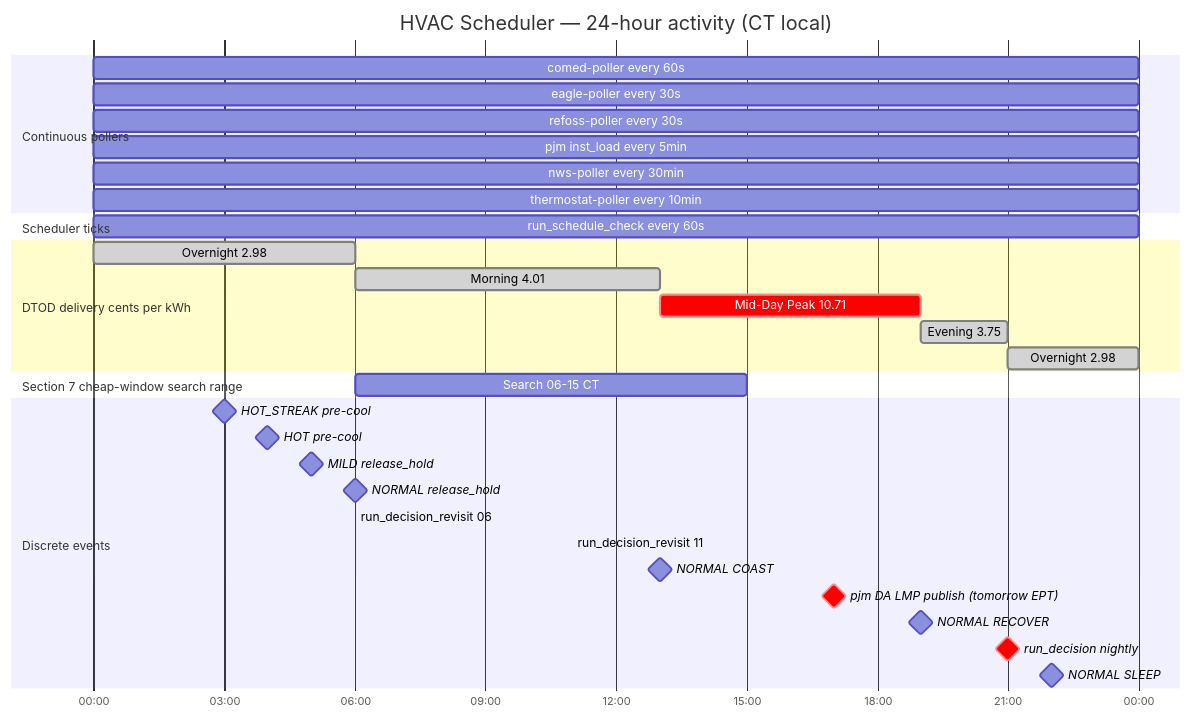
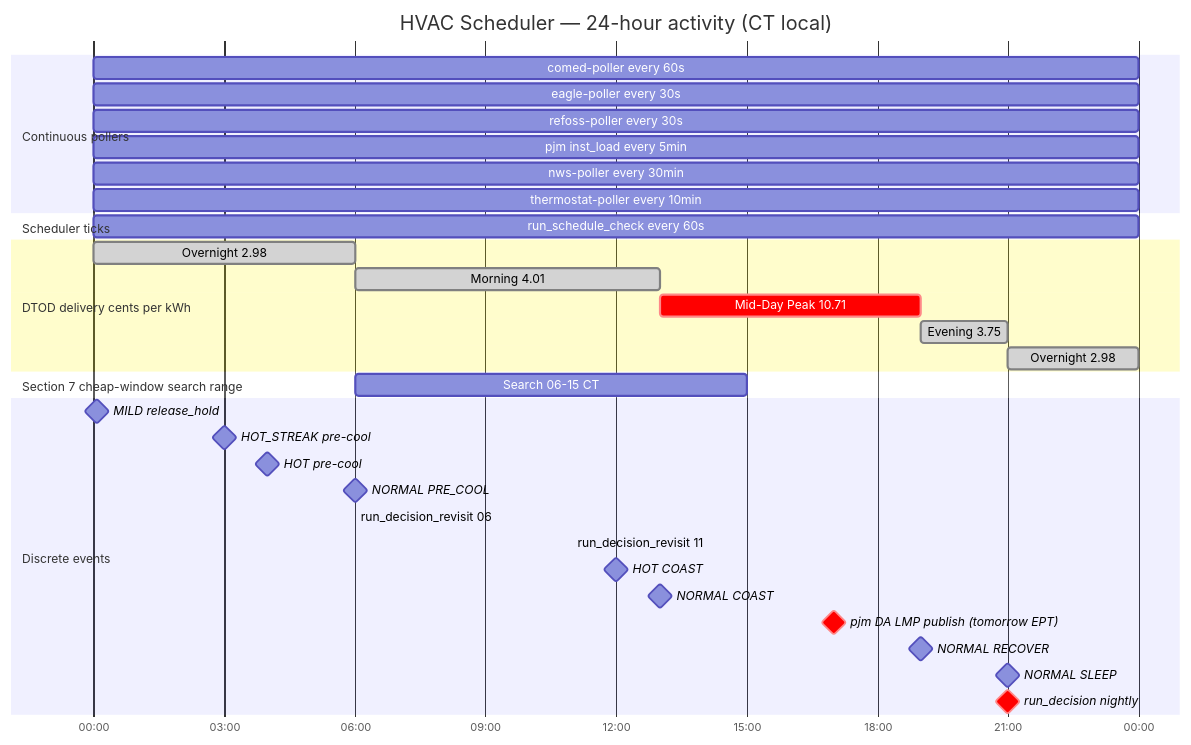
One commit to FireDevPro/energy-stack changed the first of 4 diagrams in docs/SCHEDULER_TIMING.md. Above: the diagram before and after it, drawn with Mermaid. The commit also changed 3 other files, not shown here.

````diff
--- a/docs/SCHEDULER_TIMING.md
+++ b/docs/SCHEDULER_TIMING.md
@@ -22,40 +22,41 @@
 ```mermaid
 gantt
     title HVAC Scheduler — 24-hour activity (CT local)
     dateFormat HH:mm
     axisFormat %H:%M
 
     section Continuous pollers
     comed-poller every 60s             :a1, 00:00, 24h
     eagle-poller every 30s             :a2, 00:00, 24h
     refoss-poller every 30s            :a3, 00:00, 24h
     pjm inst_load every 5min           :a4, 00:00, 24h
     nws-poller every 30min             :a5, 00:00, 24h
     thermostat-poller every 10min      :a6, 00:00, 24h
 
     section Scheduler ticks
     run_schedule_check every 60s       :s1, 00:00, 24h
 
     section DTOD delivery cents per kWh
     Overnight 2.98                     :done, 00:00, 6h
     Morning 4.01                       :done, 06:00, 7h
     Mid-Day Peak 10.71                 :crit, 13:00, 6h
     Evening 3.75                       :done, 19:00, 2h
     Overnight 2.98                     :done, 21:00, 3h
 
     section Section 7 cheap-window search range
     Search 06-15 CT                    :w1, 06:00, 9h
 
     section Discrete events
+    MILD release_hold                  :milestone, 00:05, 0
     HOT_STREAK pre-cool                :milestone, 03:00, 0
     HOT pre-cool                       :milestone, 04:00, 0
-    MILD release_hold                  :milestone, 05:00, 0
-    NORMAL release_hold                :milestone, 06:00, 0
+    NORMAL PRE_COOL                    :milestone, 06:00, 0
     run_decision_revisit 06:00         :milestone, 06:00, 0
     run_decision_revisit 11:00         :milestone, 11:00, 0
+    HOT COAST                          :milestone, 12:00, 0
     NORMAL COAST                       :milestone, 13:00, 0
     pjm DA LMP publish (tomorrow EPT)  :milestone, crit, 17:00, 0
     NORMAL RECOVER                     :milestone, 19:00, 0
+    NORMAL SLEEP                       :milestone, 21:00, 0
     run_decision nightly               :milestone, crit, 21:00, 0
-    NORMAL SLEEP                       :milestone, 22:00, 0
 ```
````
